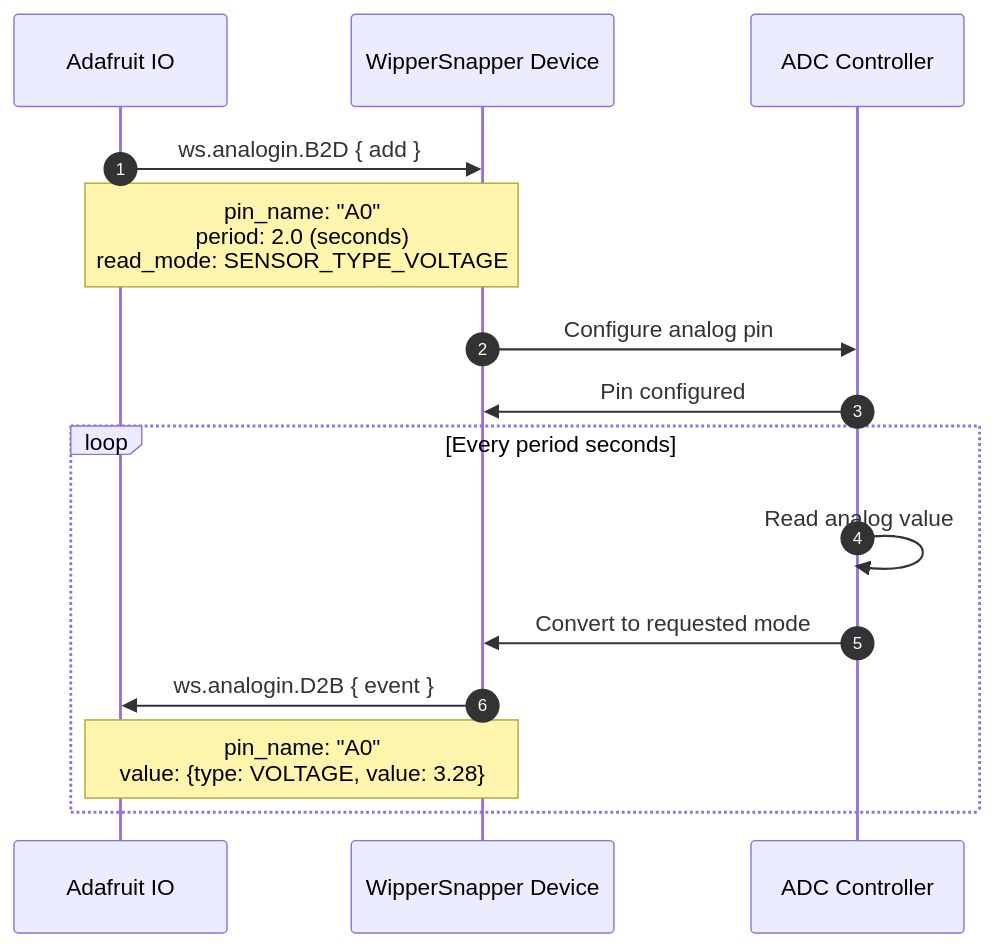
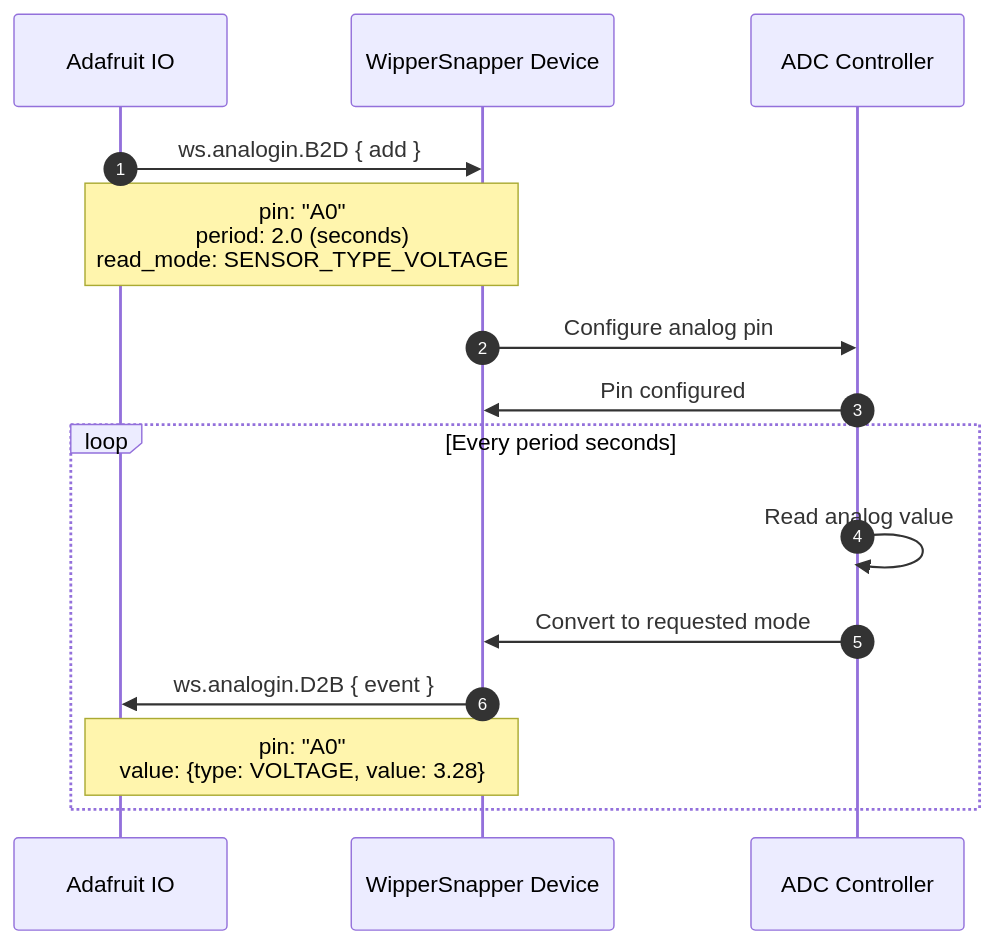
The first of 2 diagrams in proto/wippersnapper/docs/analogio.md (adafruit/Wippersnapper_Protobuf), drawn with Mermaid before and after one commit. The commit also changed other lines of this file and 10 other files, not shown here.

Commit message:
rename pin_name to pin everywhere

````diff
--- a/proto/wippersnapper/docs/analogio.md
+++ b/proto/wippersnapper/docs/analogio.md
@@ -37,20 +37,20 @@
 ```mermaid
 sequenceDiagram
 autonumber
 participant IO as Adafruit IO
 participant Device as WipperSnapper Device
 participant ADC as ADC Controller
 
 IO->>Device: ws.analogin.B2D { add }
-Note over IO,Device: pin_name: "A0"<br/>period: 2.0 (seconds)<br/>read_mode: SENSOR_TYPE_VOLTAGE
+Note over IO,Device: pin: "A0"<br/>period: 2.0 (seconds)<br/>read_mode: SENSOR_TYPE_VOLTAGE
 
 Device->>ADC: Configure analog pin
 ADC->>Device: Pin configured
 
 loop Every period seconds
     ADC->>ADC: Read analog value
     ADC->>Device: Convert to requested mode
     Device->>IO: ws.analogin.D2B { event }
-    Note over Device,IO: pin_name: "A0"<br/>value: {type: VOLTAGE, value: 3.28}
+    Note over Device,IO: pin: "A0"<br/>value: {type: VOLTAGE, value: 3.28}
 end
 ```
````
